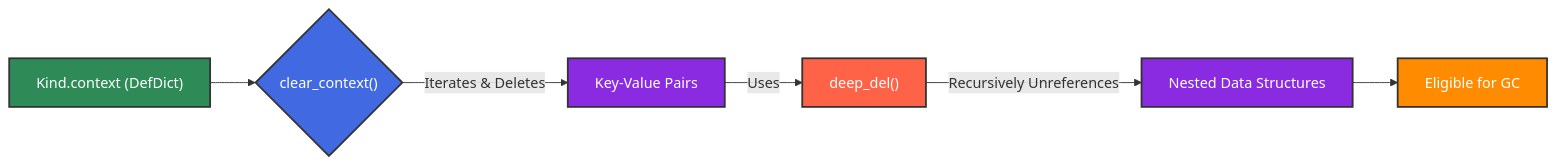
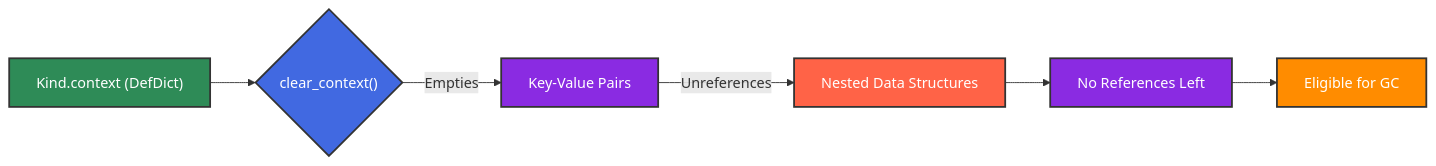
One commit to ikko/kind changed the second of 2 diagrams in docs/topics/10_memory_awareness/index.md. Above: the diagram before and after it, drawn with Mermaid. The commit also changed other lines of this file and 62 other files, not shown here.

````diff
--- a/docs/topics/10_memory_awareness/index.md
+++ b/docs/topics/10_memory_awareness/index.md
@@ -95,16 +109,16 @@
 ```mermaid
 
 graph LR
     A[Kind.context &#40DefDict&#41] --> B{clear_context&#40&#41};
-    B -- "Iterates & Deletes" --> C[Key-Value Pairs];
-    C -- "Uses" --> D[deep_del&#40&#41];
-    D -- "Recursively Unreferences" --> E[Nested Data Structures];
+    B -- "Empties" --> C[Key-Value Pairs];
+    C -- "Unreferences" --> D[Nested Data Structures];
+    D --> E[No References Left];
     E --> F[Eligible for GC];
 
     style A fill:#2E8B57,stroke:#333,stroke-width:2px,color:#FFFFFF;
     style B fill:#4169E1,stroke:#333,stroke-width:2px,color:#FFFFFF;
     style C fill:#8A2BE2,stroke:#333,stroke-width:2px,color:#FFFFFF;
     style D fill:#FF6347,stroke:#333,stroke-width:2px,color:#FFFFFF;
     style E fill:#8A2BE2,stroke:#333,stroke-width:2px,color:#FFFFFF;
     style F fill:#FF8C00,stroke:#333,stroke-width:2px,color:#FFFFFF;
 ```
````
